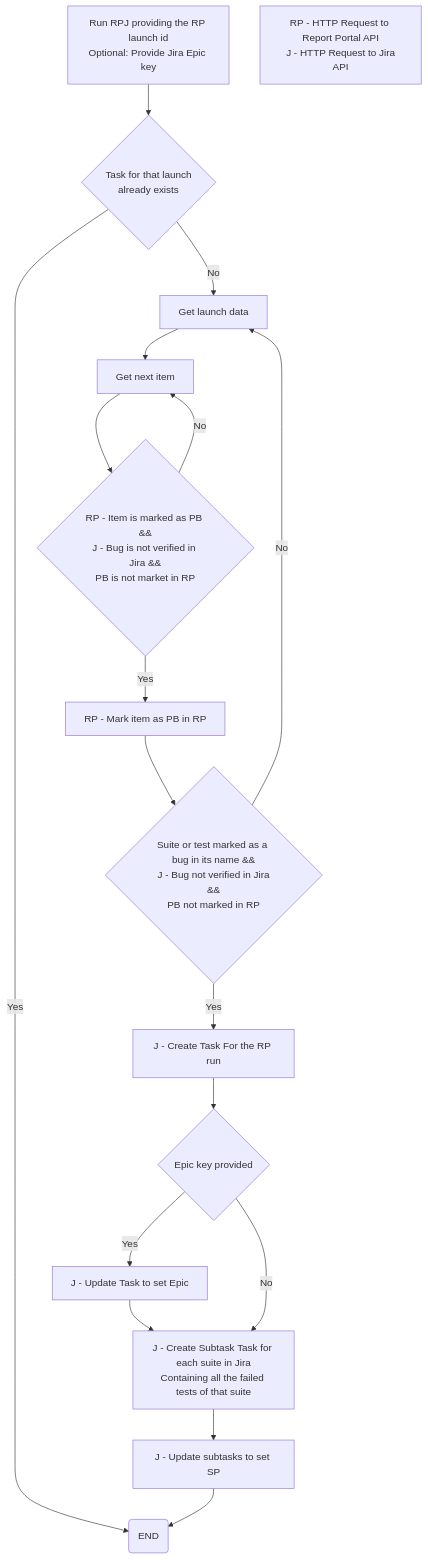
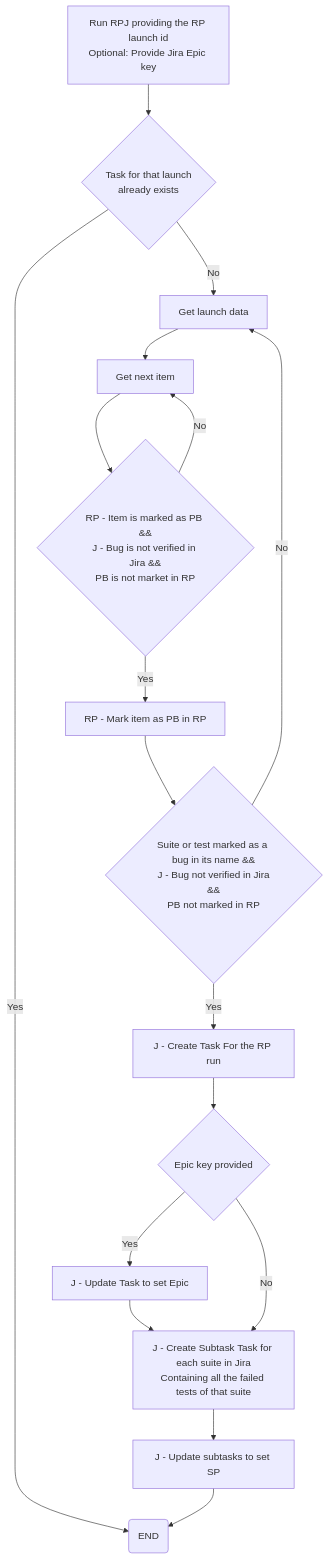
One commit to abrugaro/rp-jira-sync changed the diagram in README.md. Above: the diagram before and after it, drawn with Mermaid.

Commit message:
feat:mermaid flow diagram

````diff
--- a/README.md
+++ b/README.md
@@ -41,24 +41,23 @@
 ```mermaid
 flowchart TD
     A[Run RPJ providing the RP launch id\nOptional: Provide Jira Epic key] --> B
     B{Task for that launch\n already exists}
     B --> |Yes| Z
     B --> |No| C
     C[Get launch data] --> D
     D[Get next item] --> E
     E{RP - Item is marked as PB &&\nJ - Bug is not verified in Jira &&\nPB is not market in RP}
     E --> |No| D
     E --> |Yes| F
     F[RP - Mark item as PB in RP] --> G
     G{Suite or test marked as a bug in its name &&\n J - Bug not verified in Jira &&\nPB not marked in RP}
     G --> |No| C
     G --> |Yes| H
     H[J - Create Task For the RP run] --> I
     I{Epic key provided} 
     I --> |Yes| J[J - Update Task to set Epic] --> K
     I --> |No| K
     K[J - Create Subtask Task for each suite in Jira\nContaining all the failed tests of that suite] --> L
     L[J - Update subtasks to set SP] --> Z
     Z(END)
-    X[RP - HTTP Request to Report Portal API\n J - HTTP Request to Jira API]
 ```
````
